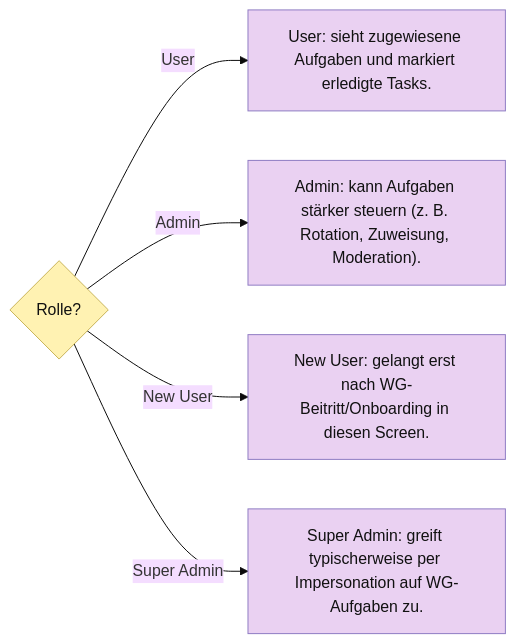
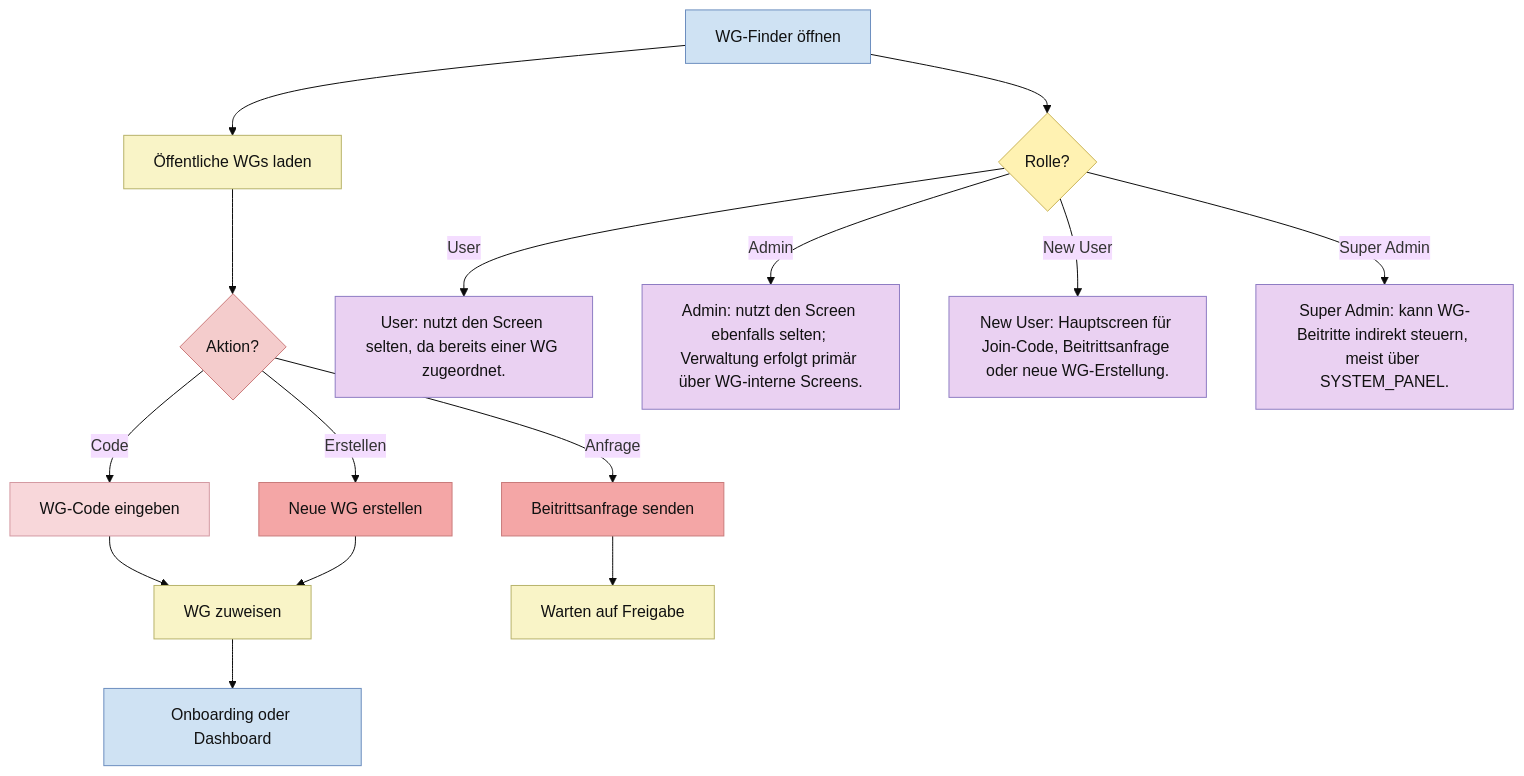
Before and after one commit to Nejy190501/WGManager: the ninth of 27 diagrams in ABLAUFDIAGRAMM.md, drawn with Mermaid (base theme). The commit also changed other lines of this file, not shown here.

````diff
--- a/ABLAUFDIAGRAMM.md
+++ b/ABLAUFDIAGRAMM.md
@@ -364,23 +486,39 @@
 ```mermaid
-flowchart LR
-    R{"Rolle?"}
-    U["User: sieht zugewiesene Aufgaben und markiert erledigte Tasks."]
-    A["Admin: kann Aufgaben stärker steuern (z. B. Rotation, Zuweisung, Moderation)."]
-    N["New User: gelangt erst nach WG-Beitritt/Onboarding in diesen Screen."]
-    S["Super Admin: greift typischerweise per Impersonation auf WG-Aufgaben zu."]
-    R -->|User| U
-    R -->|Admin| A
-    R -->|New User| N
-    R -->|Super Admin| S
+flowchart TD
+    A["WG-Finder öffnen"] --> B["Öffentliche WGs laden"]
+    B --> C{"Aktion?"}
+    C -->|Code| D["WG-Code eingeben"]
+    C -->|Anfrage| E["Beitrittsanfrage senden"]
+    C -->|Erstellen| F["Neue WG erstellen"]
+    D --> G["WG zuweisen"]
+    F --> G
+    E --> H["Warten auf Freigabe"]
+    G --> I["Onboarding oder Dashboard"]
+
+
+    A --> RLQ{"Rolle?"}
+    RLU["User: nutzt den Screen selten, da bereits einer WG zugeordnet."]
+    RLA["Admin: nutzt den Screen ebenfalls selten; Verwaltung erfolgt primär über WG-interne Screens."]
+    RLN["New User: Hauptscreen für Join-Code, Beitrittsanfrage oder neue WG-Erstellung."]
+    RLS["Super Admin: kann WG-Beitritte indirekt steuern, meist über SYSTEM_PANEL."]
+    RLQ -->|User| RLU
+    RLQ -->|Admin| RLA
+    RLQ -->|New User| RLN
+    RLQ -->|Super Admin| RLS
 
     classDef userAction fill:#ead1f2,stroke:#8e7cc3,color:#111;
     classDef systemAction fill:#f9f4c7,stroke:#b7b26a,color:#111;
     classDef userDecision fill:#f4cccc,stroke:#cc7a7a,color:#111;
     classDef systemDecision fill:#fff2b2,stroke:#c9b458,color:#111;
     classDef button fill:#f4a6a6,stroke:#c97b7b,color:#111;
     classDef userInput fill:#f8d7da,stroke:#d49aa2,color:#111;
     classDef screen fill:#cfe2f3,stroke:#6c8ebf,color:#111;
 
-    class R systemDecision;
-    class U,A,N,S userAction;
+    class B,G,H systemAction;
+    class C userDecision;
+    class E,F button;
+    class D userInput;
+    class A,I screen;
+    class RLQ systemDecision;
+    class RLU,RLA,RLN,RLS userAction;
 ```
````
